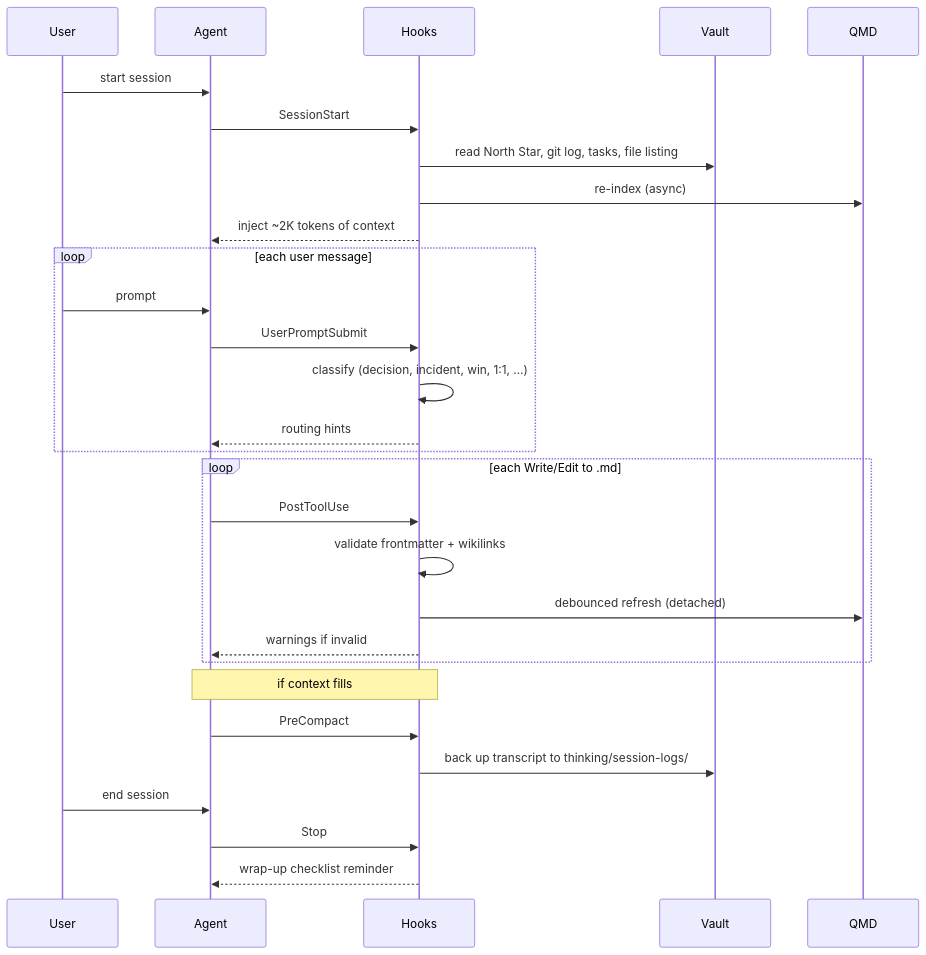
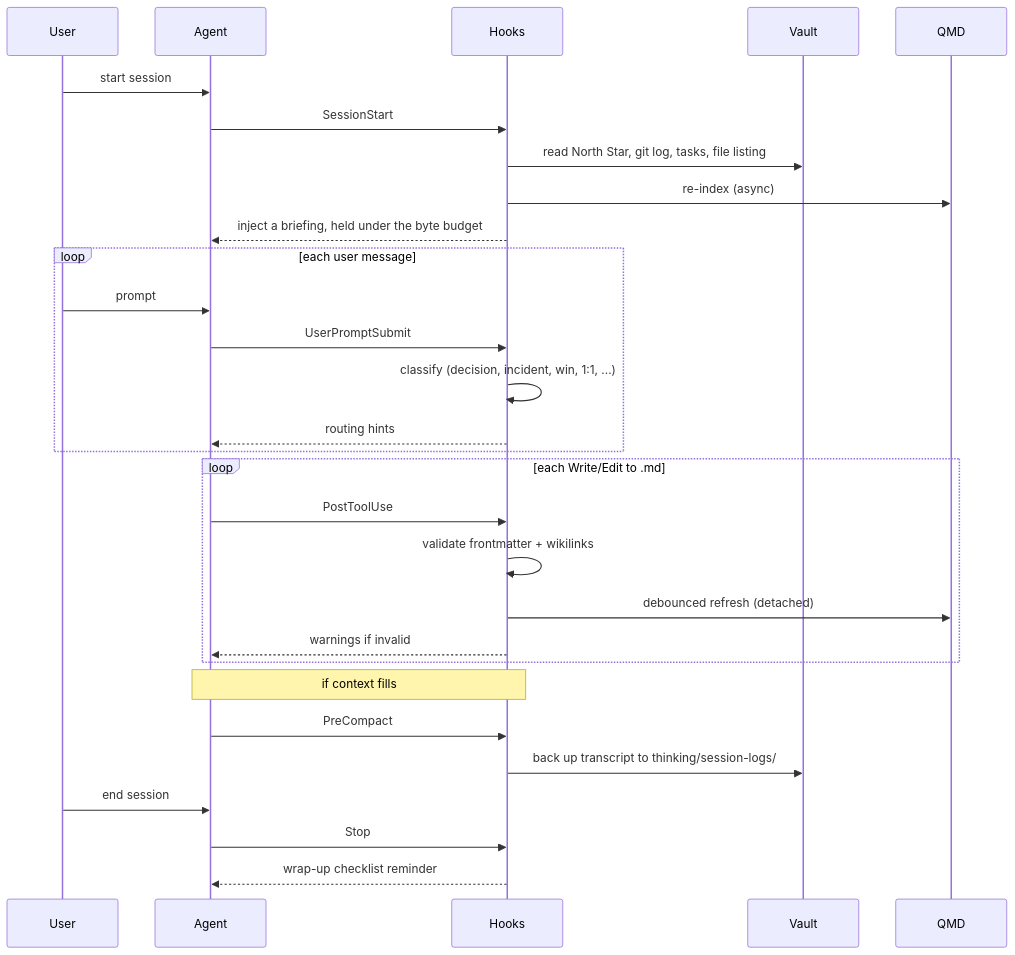
One commit to breferrari/obsidian-mind changed the third of 18 diagrams in ARCHITECTURE.md. Above: the diagram before and after it, drawn with Mermaid. The commit also changed other lines of this file and 21 other files, not shown here.

First line of the commit message:
docs: document the om layer in ARCHITECTURE, and finish the posture sweep

````diff
--- a/ARCHITECTURE.md
+++ b/ARCHITECTURE.md
@@ -132,36 +161,36 @@
 ```mermaid
 sequenceDiagram
     participant User
     participant Agent
     participant Hooks
     participant Vault
     participant QMD
 
     User->>Agent: start session
     Agent->>Hooks: SessionStart
     Hooks->>Vault: read North Star, git log, tasks, file listing
     Hooks->>QMD: re-index (async)
-    Hooks-->>Agent: inject ~2K tokens of context
+    Hooks-->>Agent: inject a briefing, held under the byte budget
 
     loop each user message
         User->>Agent: prompt
         Agent->>Hooks: UserPromptSubmit
         Hooks->>Hooks: classify (decision, incident, win, 1:1, ...)
         Hooks-->>Agent: routing hints
     end
 
     loop each Write/Edit to .md
         Agent->>Hooks: PostToolUse
         Hooks->>Hooks: validate frontmatter + wikilinks
         Hooks->>QMD: debounced refresh (detached)
         Hooks-->>Agent: warnings if invalid
     end
 
     Note over Agent,Hooks: if context fills
     Agent->>Hooks: PreCompact
     Hooks->>Vault: back up transcript to thinking/session-logs/
 
     User->>Agent: end session
     Agent->>Hooks: Stop
     Hooks-->>Agent: wrap-up checklist reminder
 ```
````
